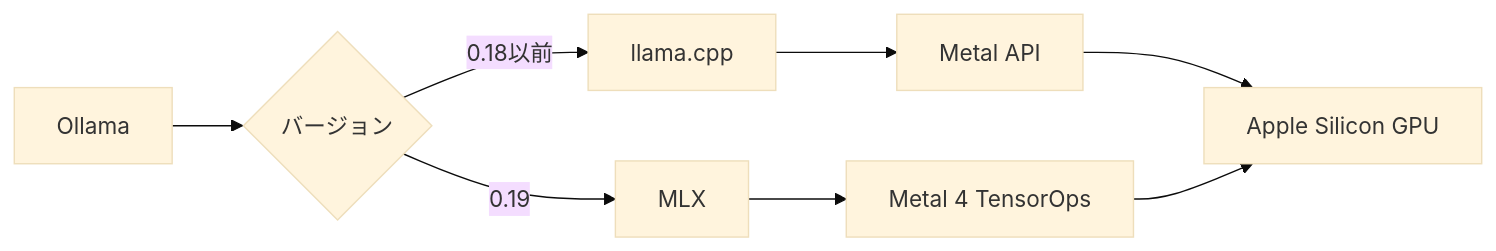
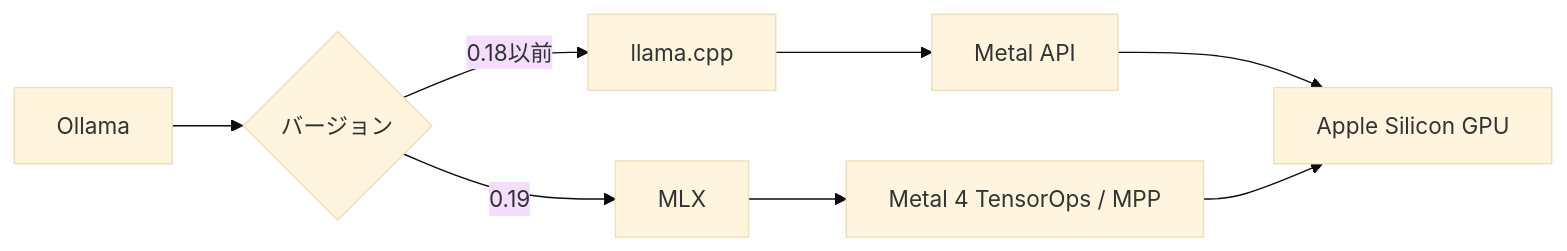
One commit to takish/zenn-content changed the diagram in articles/ollama-mlx-apple-silicon.md. Above: the diagram before and after it, drawn with Mermaid (base theme). The commit also changed other lines of this file, not shown here.

````diff
--- a/articles/ollama-mlx-apple-silicon.md
+++ b/articles/ollama-mlx-apple-silicon.md
@@ -24,10 +24,10 @@
 ```mermaid
 graph LR
     A[Ollama] --> B{バージョン}
     B -->|0.18以前| C[llama.cpp]
     B -->|0.19| D[MLX]
     C --> E[Metal API]
-    D --> F[Metal 4 TensorOps]
+    D --> F[Metal 4 TensorOps / MPP]
     E --> G[Apple Silicon GPU]
     F --> G
 ```
````
